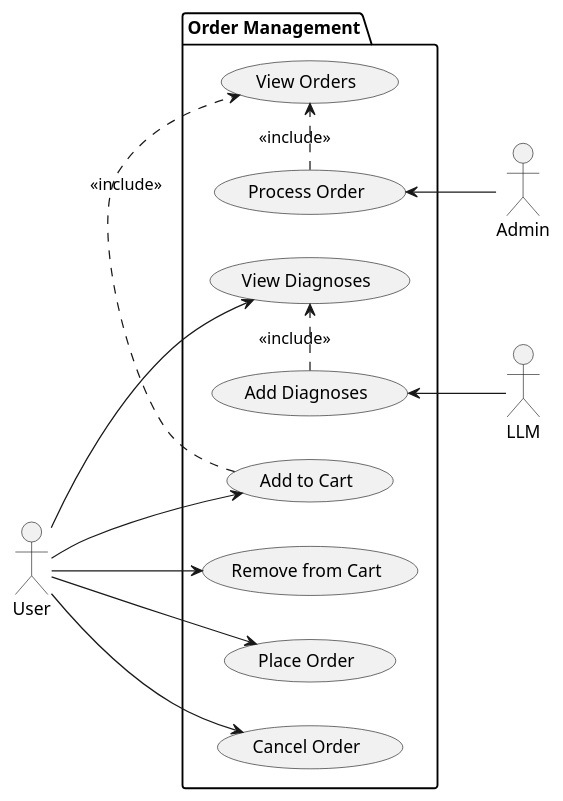
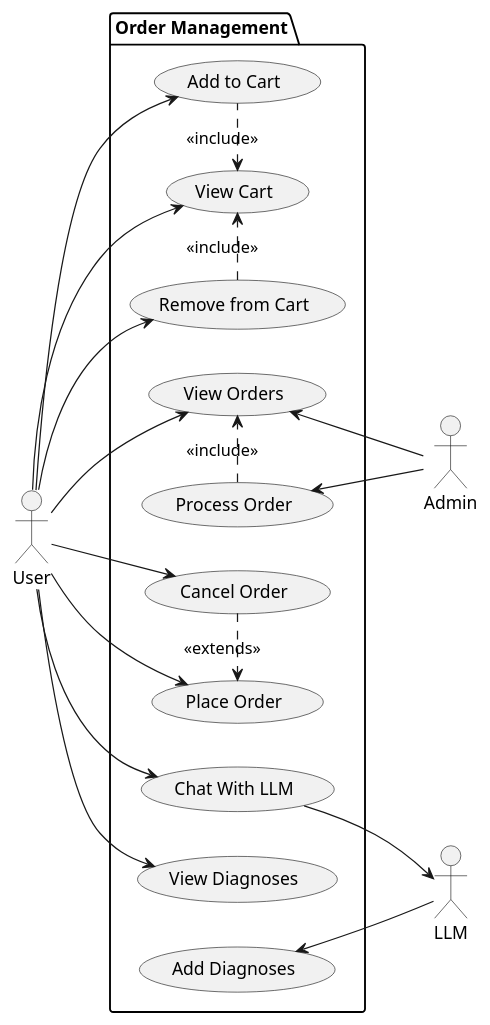
The diagram in Documents/Diagrams/order-management-usecase.wsd (Aliefhasyani/Halobat), drawn with PlantUML before and after one commit. The commit also changed 4 other files, not shown here.

Commit message:
FEAT: Add timestamps to roles, diagnoses, and recommended drugs tables; update use case diagrams

```diff
--- a/Documents/Diagrams/order-management-usecase.wsd
+++ b/Documents/Diagrams/order-management-usecase.wsd
@@ -1,21 +1,33 @@
 @startuml order-management-usecase
 skinparam linetype spline
 left to right direction
 
 actor User
 actor Admin
 actor LLM
 
 package "Order Management" {
   User --> (Add to Cart)
   User --> (Remove from Cart)
+  User --> (View Cart)
   User --> (Place Order)
+  User --> (View Orders)
   User --> (Cancel Order)
-  (Process Order) <-- Admin
+  User --> (Chat With LLM)
+  User --> (View Diagnoses)
+  
+  (Process Order) <-- Admin 
+  (View Orders) <-- Admin 
+  
+  (Chat With LLM) --> LLM  
   (Add Diagnoses) <-- LLM
+  
+  ' Include relationships
+  (View Cart) <. (Add to Cart) : <<include>>
+  (Remove from Cart) .> (View Cart) : <<include>>
   (Process Order) .> (View Orders) : <<include>>
-  User --> (View Diagnoses)
-  (Add Diagnoses) .> (View Diagnoses) : <<include>>
-  (Add to Cart) .> (View Orders) : <<include>>
+  
+  ' Extends relationships
+  (Cancel Order) .> (Place Order) : <<extends>>
 }
 @enduml
```
